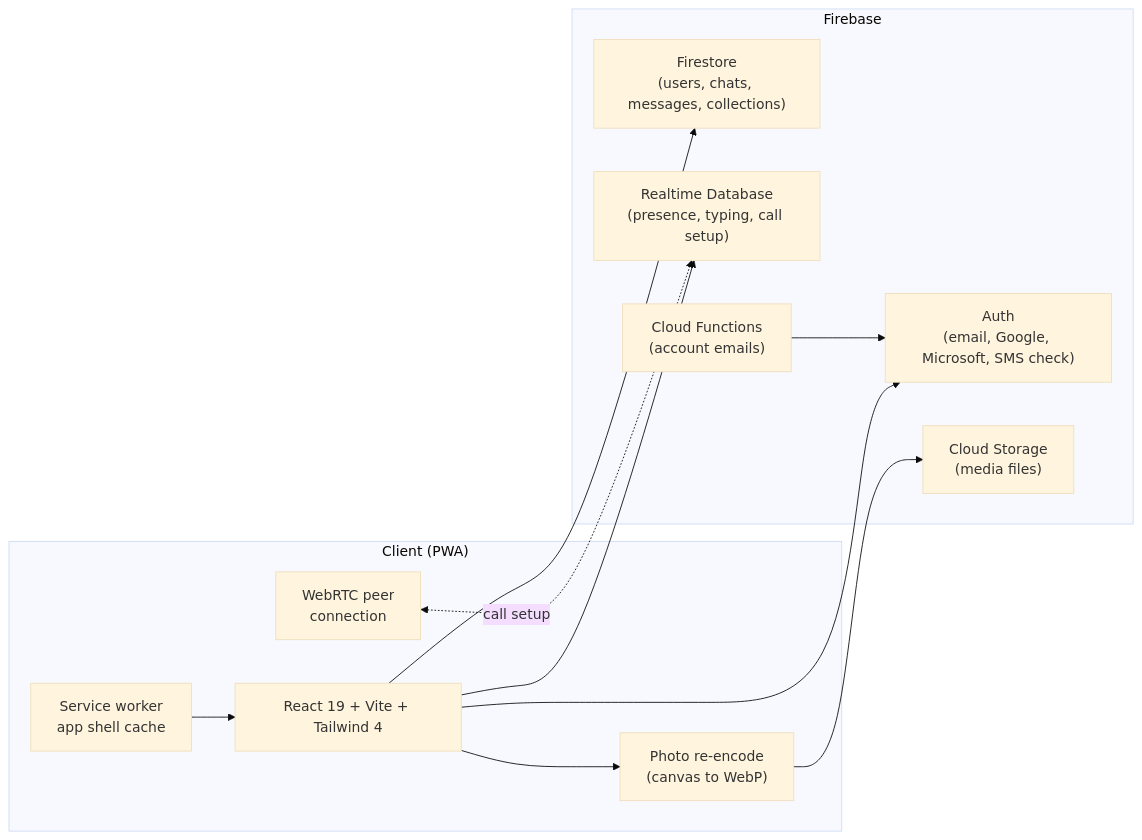
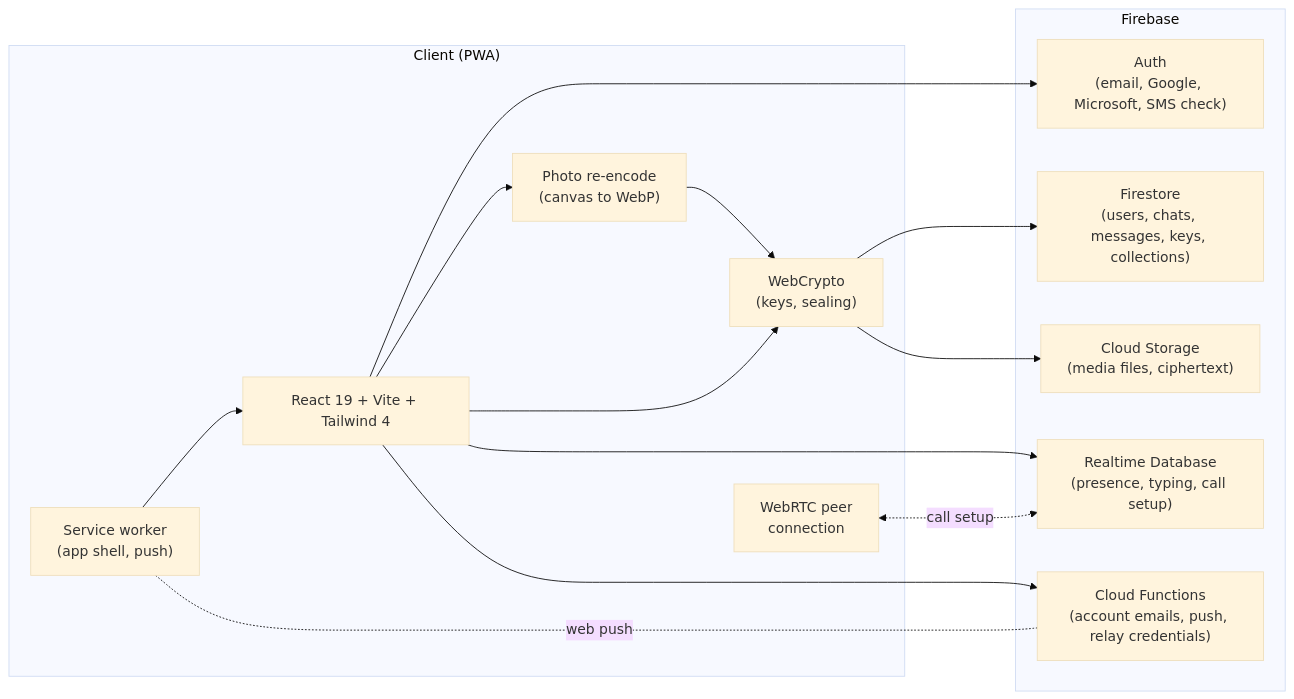
Before and after one commit to KevinRusev/nikkchat: the diagram in README.md, drawn with Mermaid (base theme). The commit also changed other lines of this file and 13 other files, not shown here.

````diff
--- a/README.md
+++ b/README.md
@@ -131,25 +180,29 @@
 ```mermaid
 flowchart LR
     subgraph Client["Client (PWA)"]
       UI["React 19 + Vite + Tailwind 4"]
       Media["Photo re-encode<br/>(canvas to WebP)"]
+      Crypto["WebCrypto<br/>(keys, sealing)"]
       WebRTC["WebRTC peer<br/>connection"]
-      SW["Service worker<br/>app shell cache"]
+      SW["Service worker<br/>(app shell, push)"]
     end
 
     subgraph Firebase["Firebase"]
       Auth["Auth<br/>(email, Google, Microsoft, SMS check)"]
-      Firestore["Firestore<br/>(users, chats, messages, collections)"]
-      Storage["Cloud Storage<br/>(media files)"]
+      Firestore["Firestore<br/>(users, chats, messages, keys, collections)"]
+      Storage["Cloud Storage<br/>(media files, ciphertext)"]
       RTDB["Realtime Database<br/>(presence, typing, call setup)"]
-      Functions["Cloud Functions<br/>(account emails)"]
+      Functions["Cloud Functions<br/>(account emails, push, relay credentials)"]
     end
 
-    UI --> Media --> Storage
-    UI --> Firestore
+    SW --> UI
+    UI --> Media --> Crypto
+    UI --> Crypto
+    Crypto --> Firestore
+    Crypto --> Storage
     UI --> Auth
     UI --> RTDB
+    UI --> Functions
     WebRTC <-.call setup.-> RTDB
-    Functions --> Auth
-    SW --> UI
+    SW -.web push.- Functions
 ```
````
